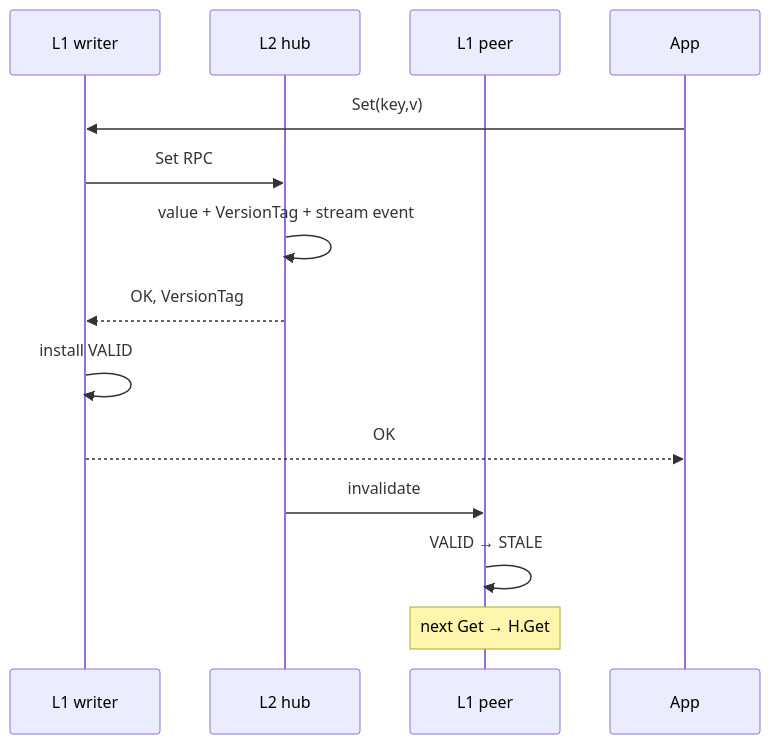
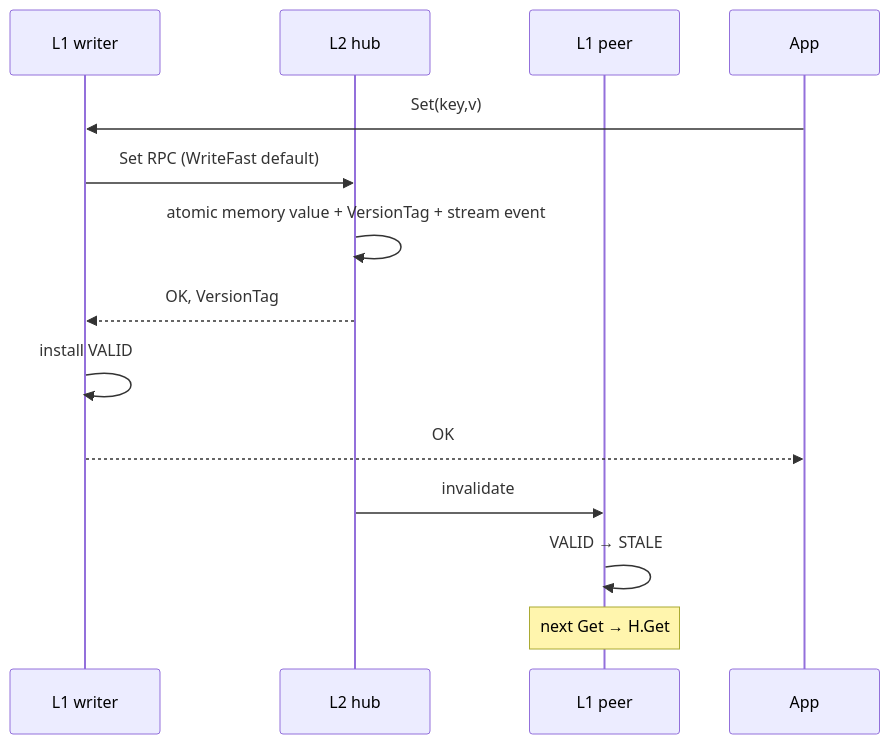
The third of 7 diagrams in docs/diagrams/SEQUENCES.md (sanketn26/gossipcache), drawn with Mermaid before and after one commit. The commit also changed other lines of this file and 46 other files, not shown here.

````diff
--- a/docs/diagrams/SEQUENCES.md
+++ b/docs/diagrams/SEQUENCES.md
@@ -37,16 +37,16 @@
 ```mermaid
 sequenceDiagram
     participant A as L1 writer
     participant H as L2 hub
     participant B as L1 peer
 
     App->>A: Set(key,v)
-    A->>H: Set RPC
-    H->>H: value + VersionTag + stream event
+    A->>H: Set RPC (WriteFast default)
+    H->>H: atomic memory value + VersionTag + stream event
     H-->>A: OK, VersionTag
     A->>A: install VALID
     A-->>App: OK
     H->>B: invalidate
     B->>B: VALID → STALE
     Note over B: next Get → H.Get
 ```
````
